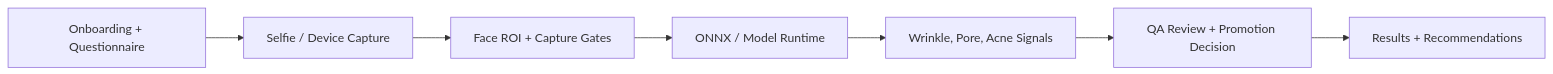
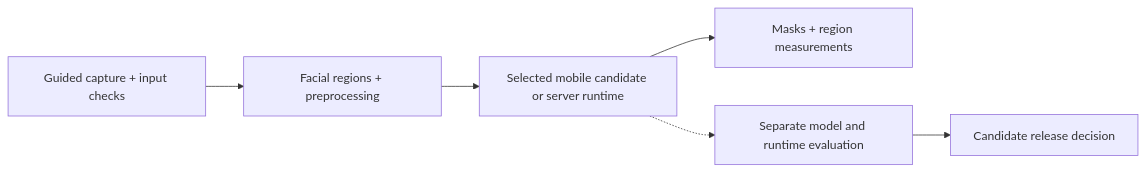
Before and after one commit to zack-dev-cm/zack-dev-cm.github.io: the diagram in docs/projects/dermaself-flutter-skin-analysis-app.md, drawn with Mermaid. The commit also changed other lines of this file and 494 other files, not shown here.

````diff
--- a/docs/projects/dermaself-flutter-skin-analysis-app.md
+++ b/docs/projects/dermaself-flutter-skin-analysis-app.md
@@ -33,9 +35,8 @@
 ```mermaid
 flowchart LR
-  Onboarding["Onboarding + Questionnaire"] --> Capture["Selfie / Device Capture"]
-  Capture --> ROI["Face ROI + Capture Gates"]
-  ROI --> Runtime["ONNX / Model Runtime"]
-  Runtime --> Texture["Wrinkle, Pore, Acne Signals"]
-  Texture --> QA["QA Review + Promotion Decision"]
-  QA --> Results["Results + Recommendations"]
+  Capture["Guided capture + input checks"] --> ROI["Facial regions + preprocessing"]
+  ROI --> Runtime["Selected mobile candidate or server runtime"]
+  Runtime --> Results["Masks + region measurements"]
+  Runtime -.-> Evaluation["Separate model and runtime evaluation"]
+  Evaluation --> Release["Candidate release decision"]
 ```
````
